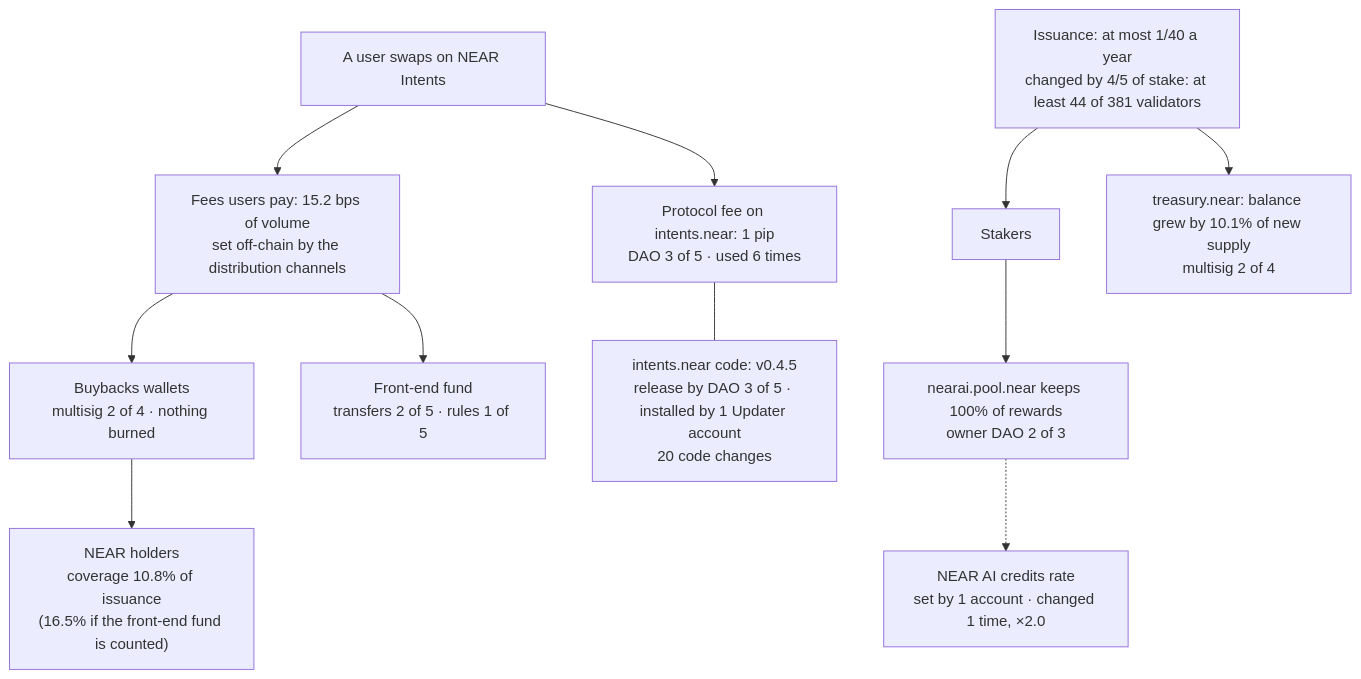
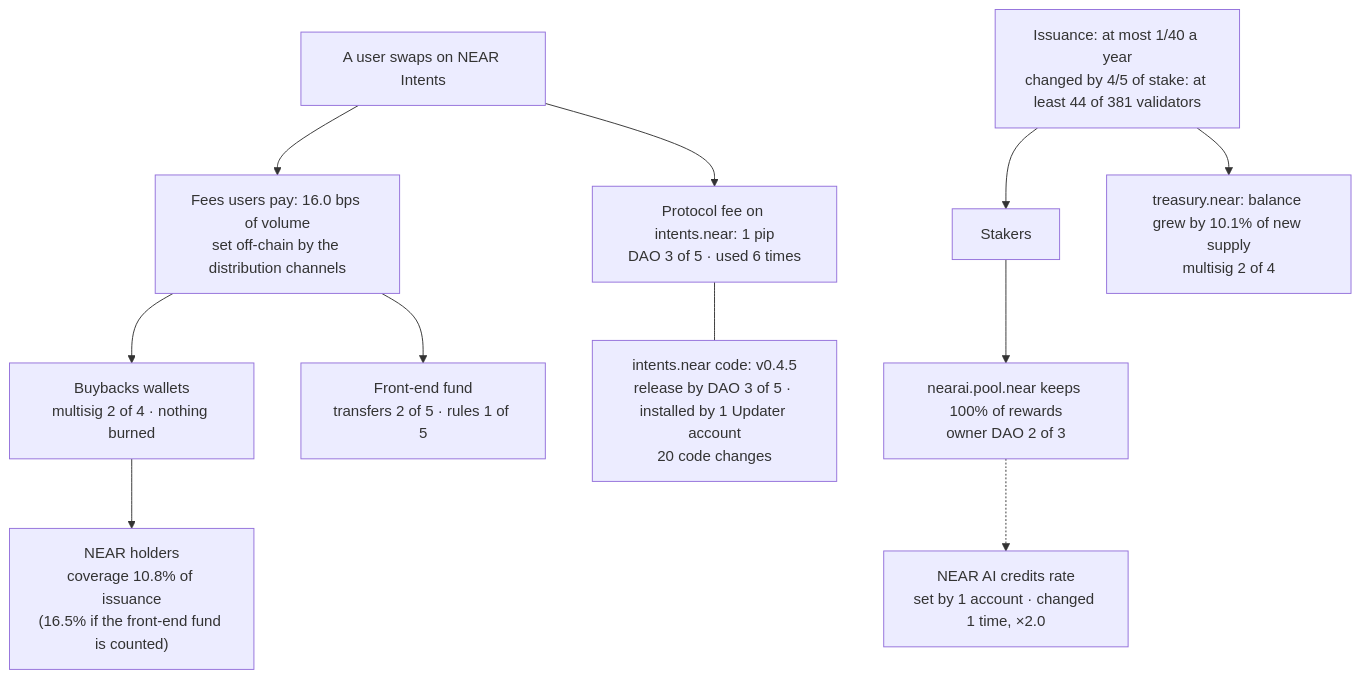
The diagram in README.md (nikolaskahris-png/near-thesis-data), drawn with Mermaid before and after one commit. The commit also changed other lines of this file and 6 other files, not shown here.

````diff
--- a/README.md
+++ b/README.md
@@ -144,13 +144,13 @@
 ```mermaid
 flowchart TD
-  U["A user swaps on NEAR Intents"] --> F["Fees users pay: <!--n:n2.fees_bps-->15.2<!--/n--> bps of volume<br/>set off-chain by the distribution channels"]
+  U["A user swaps on NEAR Intents"] --> F["Fees users pay: <!--n:n2.fees_bps-->16.0<!--/n--> bps of volume<br/>set off-chain by the distribution channels"]
   U --> P["Protocol fee on intents.near: <!--n:c.intents_fee_pips-->1 pip<!--/n--><br/>DAO <!--n:c.intents_fee_change-->3 of 5<!--/n--> · used <!--n:h.fee.approved_actions-->6<!--/n--> times"]
   F --> B["Buybacks wallets<br/>multisig <!--n:c.buybacks_confirmations-->2 of 4<!--/n--> · nothing burned"]
   F --> E["Front-end fund<br/>transfers <!--n:c.front_end_transfer-->2 of 5<!--/n--> · rules <!--n:c.front_end_rules-->1 of 5<!--/n-->"]
   B --> H["NEAR holders<br/>coverage <!--n:n1.coverage_buybacks-->10.8%<!--/n--> of issuance<br/>(<!--n:n1.coverage_with_front_end-->16.5%<!--/n--> if the front-end fund is counted)"]
   I["Issuance: at most <!--n:c.issuance_max_inflation_rate-->1/40<!--/n--> a year<br/>changed by <!--n:c.issuance_upgrade_stake_threshold-->4/5<!--/n--> of stake: at least <!--n:c.issuance_validators_to_pass_upgrade-->44<!--/n--> of <!--n:c.issuance_validators-->381<!--/n--> validators"] --> S["Stakers"]
   I --> T["treasury.near: balance grew by <!--n:c.treasury_share_of_new_supply-->10.1%<!--/n--> of new supply<br/>multisig <!--n:c.treasury_confirmations-->2 of 4<!--/n-->"]
   S --> N["nearai.pool.near keeps <!--n:c.nearai_pool_reward_fee-->100%<!--/n--> of rewards<br/>owner DAO <!--n:c.nearai_pool_owner_transfer-->2 of 3<!--/n-->"]
   N -.-> C["NEAR AI credits rate<br/>set by 1 account · changed <!--n:f6.rate_changes-->1<!--/n--> time, <!--n:f6.change1.ratio-->×2.0<!--/n-->"]
   P --- K["intents.near code: v<!--n:c.intents_code_version-->0.4.5<!--/n--><br/>release by DAO <!--n:c.intents_code_add_release-->3 of 5<!--/n--> · installed by <!--n:c.intents_code_updater_accounts-->1<!--/n--> Updater account<br/><!--n:c.intents_code_changes-->20<!--/n--> code changes"]
 ```
````
